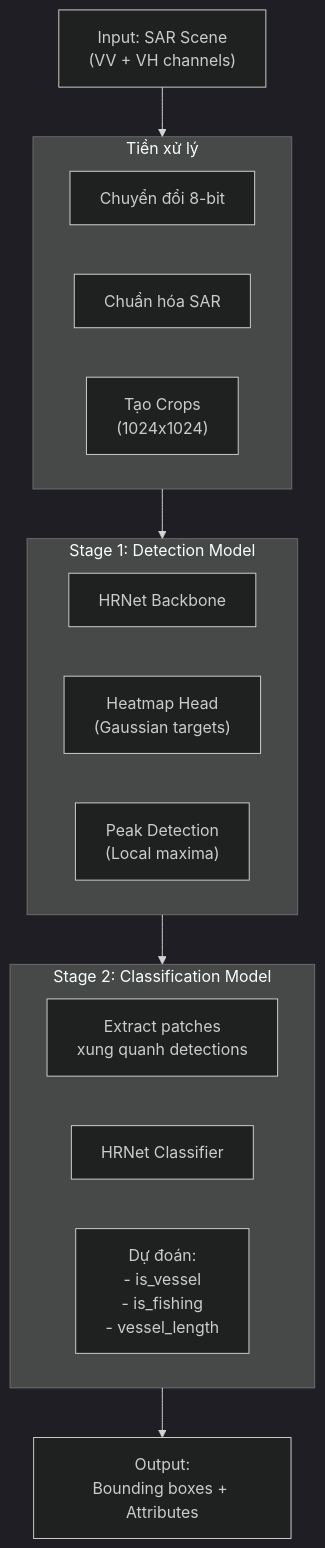
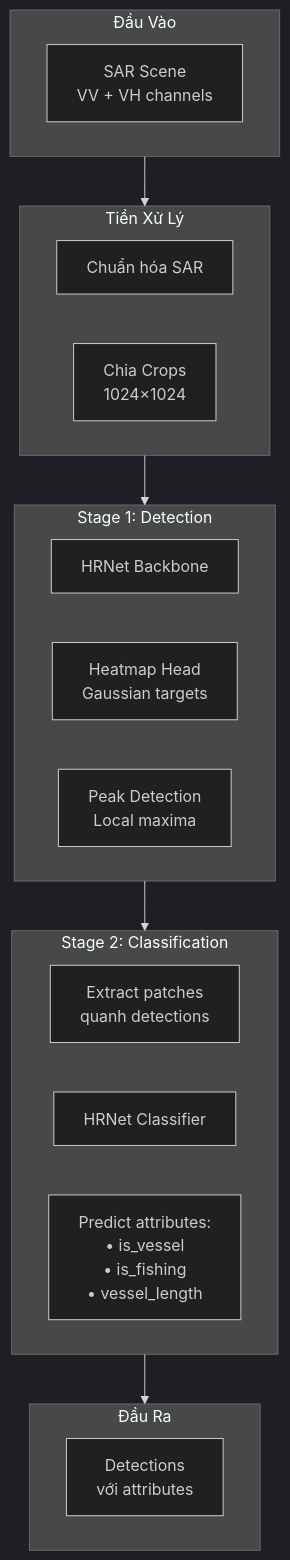
One commit to rerangst/geobayai_lab changed the second of 10 diagrams in research/chuong-06-xview-challenges/muc-03-xview3-maritime/04-giai-ba.md. Above: the diagram before and after it, drawn with Mermaid (dark theme). The commit also changed other lines of this file and 18 other files, not shown here.

````diff
--- a/research/chuong-06-xview-challenges/muc-03-xview3-maritime/04-giai-ba.md
+++ b/research/chuong-06-xview-challenges/muc-03-xview3-maritime/04-giai-ba.md
@@ -72,29 +47,29 @@
 ```mermaid
 flowchart TB
-    Input["Input: SAR Scene<br/>(VV + VH channels)"]
-
-    subgraph Preprocessing["Tiền xử lý"]
-        Convert["Chuyển đổi 8-bit"]
-        Norm["Chuẩn hóa SAR"]
-        Crop["Tạo Crops<br/>(1024x1024)"]
+    subgraph INPUT["Đầu Vào"]
+        SAR["SAR Scene<br/>VV + VH channels"]
     end
 
-    subgraph Detection["Stage 1: Detection Model"]
-        HRNet1["HRNet Backbone"]
-        Heatmap["Heatmap Head<br/>(Gaussian targets)"]
-        Peak["Peak Detection<br/>(Local maxima)"]
+    subgraph PREPROCESS["Tiền Xử Lý"]
+        NORM["Chuẩn hóa SAR"]
+        CROP["Chia Crops<br/>1024×1024"]
     end
 
-    subgraph Classification["Stage 2: Classification Model"]
-        Extract["Extract patches<br/>xung quanh detections"]
-        HRNet2["HRNet Classifier"]
-        Attributes["Dự đoán:<br/>- is_vessel<br/>- is_fishing<br/>- vessel_length"]
+    subgraph STAGE1["Stage 1: Detection"]
+        HRNET1["HRNet Backbone"]
+        HEATMAP["Heatmap Head<br/>Gaussian targets"]
+        PEAK["Peak Detection<br/>Local maxima"]
     end
 
-    Output["Output:<br/>Bounding boxes + Attributes"]
+    subgraph STAGE2["Stage 2: Classification"]
+        EXTRACT["Extract patches<br/>quanh detections"]
+        HRNET2["HRNet Classifier"]
+        ATTR["Predict attributes:<br/>• is_vessel<br/>• is_fishing<br/>• vessel_length"]
+    end
 
-    Input --> Preprocessing
-    Preprocessing --> Detection
-    Detection --> Classification
-    Classification --> Output
+    subgraph OUTPUT["Đầu Ra"]
+        FINAL["Detections<br/>với attributes"]
+    end
+
+    INPUT --> PREPROCESS --> STAGE1 --> STAGE2 --> OUTPUT
 ```
````
